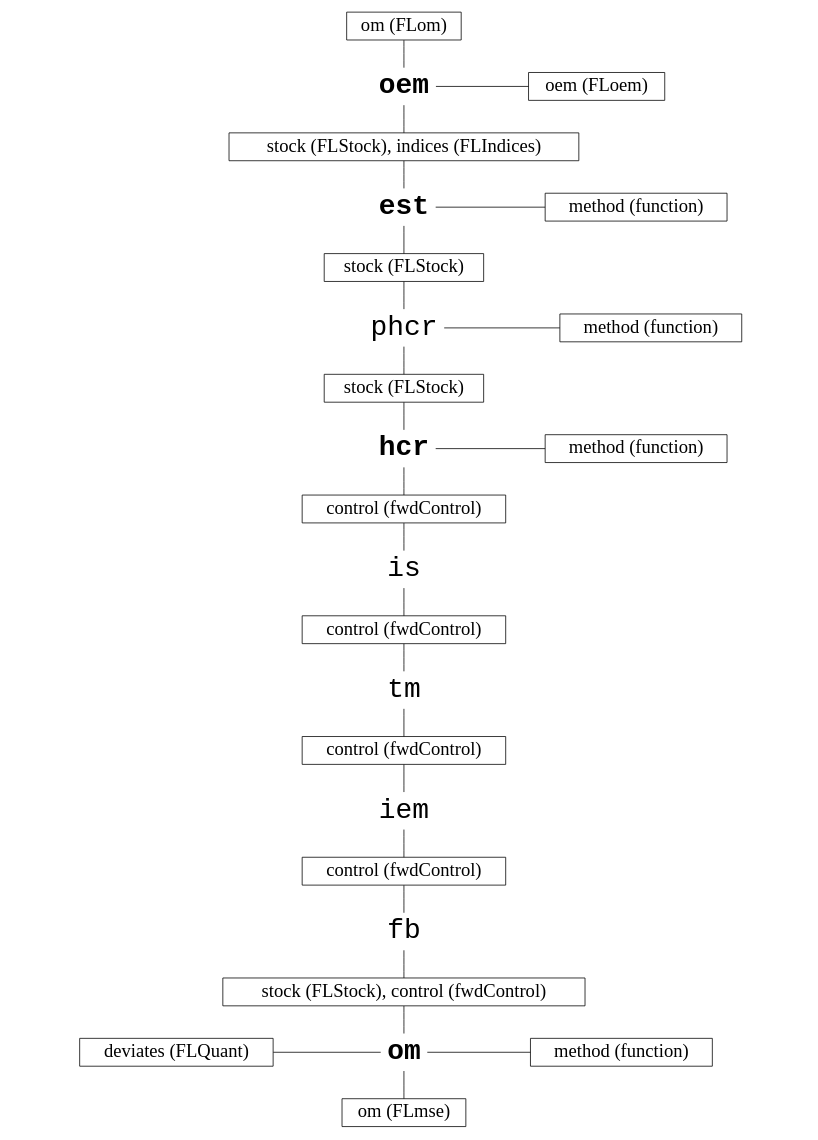
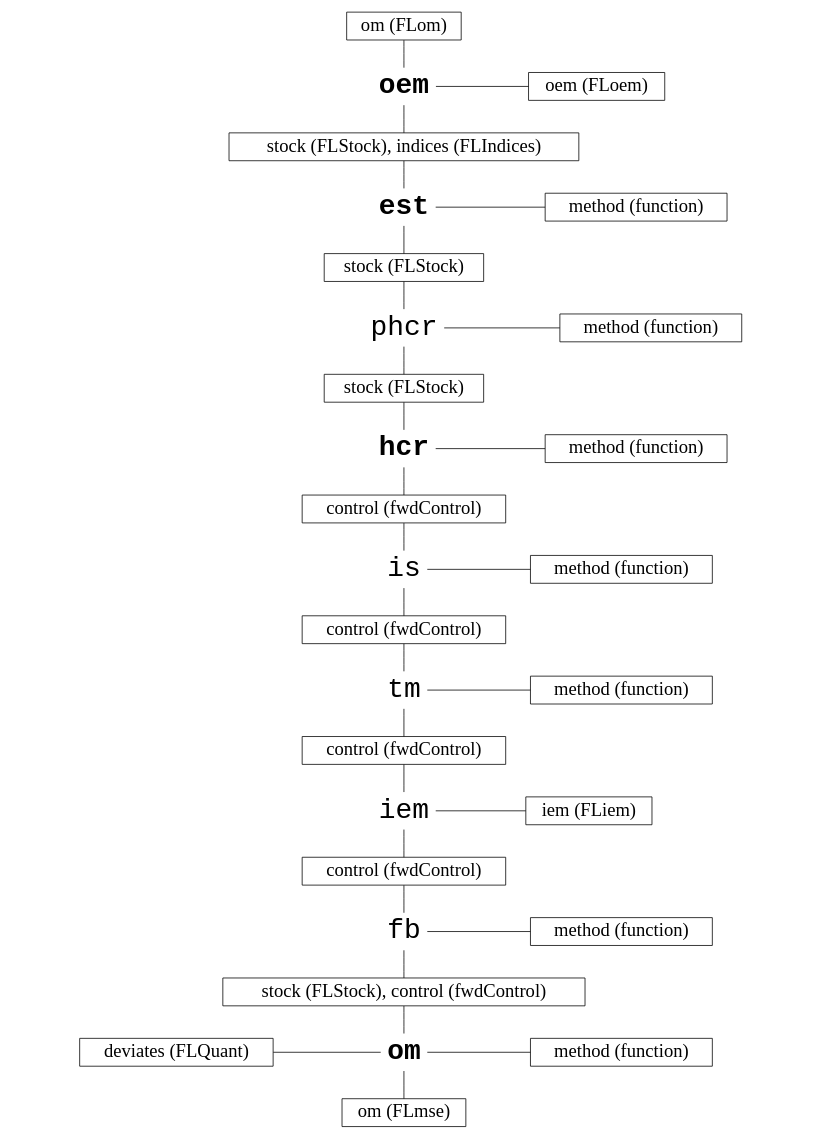
The diagram in vignettes/diagrams/dot/mp.dot (flr/mse), drawn with Graphviz before and after one commit. The commit also changed 2 other files, not shown here.

Commit message:
Updated diagrams

```diff
--- a/vignettes/diagrams/dot/mp.dot
+++ b/vignettes/diagrams/dot/mp.dot
@@ -1,60 +1,72 @@
 graph mp {
   
   /* GRAPH */
   graph [ratio="fill", size="8.3,11.7!", margin=0.8]
 
   /* EDGES */
   edge [arrowhead="none"];
   
   /* NODES */
   node [shape=box, fontsize=24];
 
   /* Compulsory steps */
   oem, est, hcr, om[shape=plaintext,
     fontsize=36, fontcolor="#000000", fontname="Courier-Bold"];
   
   /* Optional steps */
   phcr, is, tm, iem, fb[shape=plaintext,
     fontsize=36, fontcolor="#000000", fontname="Courier"];
 
   /* Inputs/Outputs/Arguments */
   oemin [label="om (FLom)"];
   oemargs [label="oem (FLoem)"];
   
   estin [label="stock (FLStock), indices (FLIndices)"];
   estargs [label="method (function)"];
   
   phcrin [label="stock (FLStock)"];
   phcrargs [label="method (function)"];
   
   hcrin [label="stock (FLStock)"];
   hcrargs [label="method (function)"];
   
   isin [label="control (fwdControl)"];
+  isargs [label="method (function)"];
   
   tmin [label="control (fwdControl)"];
+  tmargs [label="method (function)"];
   
   iemin [label="control (fwdControl)"];
+  iemargs [label="iem (FLiem)"];
   
   fbin [label="control (fwdControl)"];
+  fbargs [label="method (function)"];
   
   omin [label="stock (FLStock), control (fwdControl)"];
   omout [label="om (FLmse)"];
   omargs [label="method (function)"];
   omargs2 [label="deviates (FLQuant)"];
 
   oem -- oemargs;
     {rank=same; oem; oemargs;}
   est -- estargs;
     {rank=same; est; estargs;}
   phcr -- phcrargs;
     {rank=same; phcr; phcrargs;}
   hcr -- hcrargs;
     {rank=same; hcr; hcrargs;}
+  is -- isargs;
+    {rank=same; is; isargs;}
+  tm -- tmargs;
+    {rank=same; tm; tmargs;}
+  iem -- iemargs;
+    {rank=same; iem; iemargs;}
+  fb -- fbargs;
+    {rank=same; fb; fbargs;}
   omargs2 -- om -- omargs;
     {rank=same; om; omargs; omargs2;}
   
   /* Code flow */
   oemin -- oem -- estin -- est -- phcrin -- phcr -- hcrin -- hcr -- isin -- is;
   is -- tmin -- tm -- iemin -- iem -- fbin -- fb -- omin -- om -- omout;
 }
```
